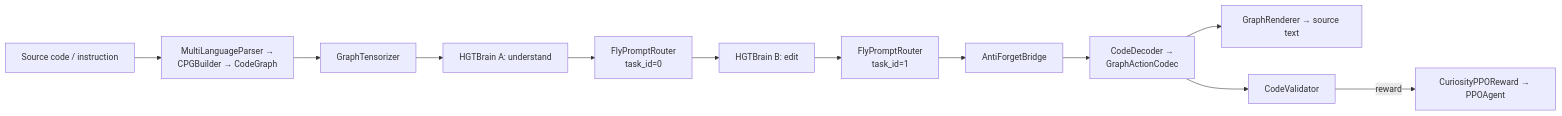
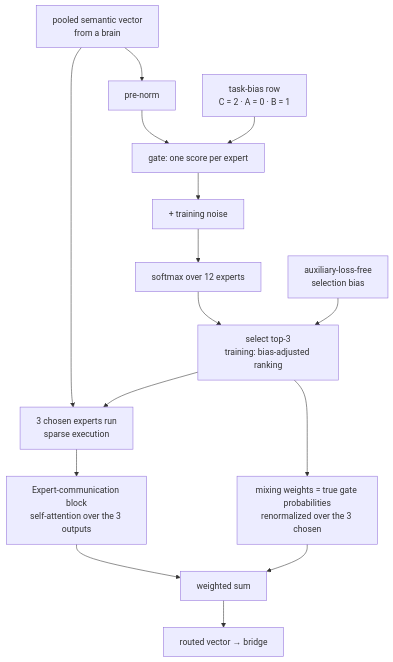
The fourth of 5 diagrams in README.md (FWKTechnologies/CodeMind-Code-Intelligence), drawn with Mermaid before and after one commit. The commit also changed other lines of this file, not shown here.

````diff
--- a/README.md
+++ b/README.md
@@ -65,14 +364,17 @@
 ```mermaid
-flowchart LR
-    A[Source code / instruction] --> B[MultiLanguageParser →<br/>CPGBuilder → CodeGraph]
-    B --> C[GraphTensorizer]
-    C --> D[HGTBrain A: understand]
-    D --> E[FlyPromptRouter<br/>task_id=0]
-    E --> F[HGTBrain B: edit]
-    F --> G[FlyPromptRouter<br/>task_id=1]
-    G --> H[AntiForgetBridge]
-    H --> I[CodeDecoder →<br/>GraphActionCodec]
-    I --> J[GraphRenderer → source text]
-    I --> K[CodeValidator]
-    K -->|reward| L[CuriosityPPOReward → PPOAgent]
+flowchart TB
+    X[pooled semantic vector<br/>from a brain] --> N[pre-norm]
+    N --> G[gate: one score per expert]
+    TB[task-bias row<br/>C = 2 · A = 0 · B = 1] --> G
+    G --> NS[+ training noise]
+    NS --> SM[softmax over 12 experts]
+    SM --> SEL[select top-3<br/>training: bias-adjusted ranking]
+    RB[auxiliary-loss-free<br/>selection bias] --> SEL
+    SEL --> RW[mixing weights = true gate probabilities<br/>renormalized over the 3 chosen]
+    X --> E[3 chosen experts run<br/>sparse execution]
+    SEL --> E
+    E --> COM[Expert-communication block<br/>self-attention over the 3 outputs]
+    COM --> MIX[weighted sum]
+    RW --> MIX
+    MIX --> OUT[routed vector → bridge]
 ```
````
